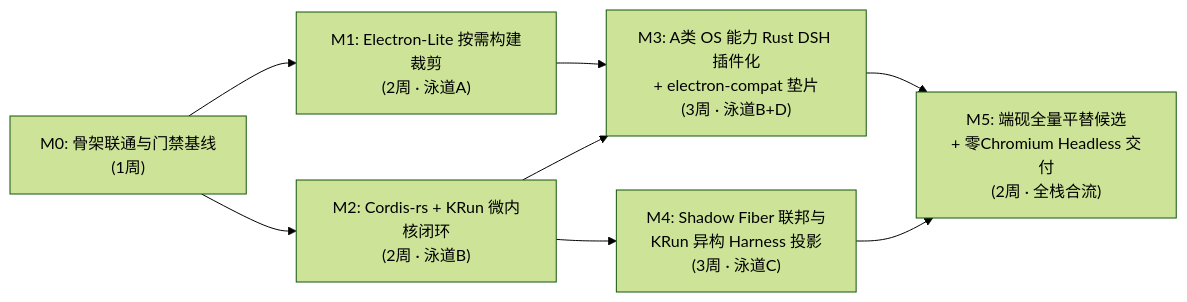
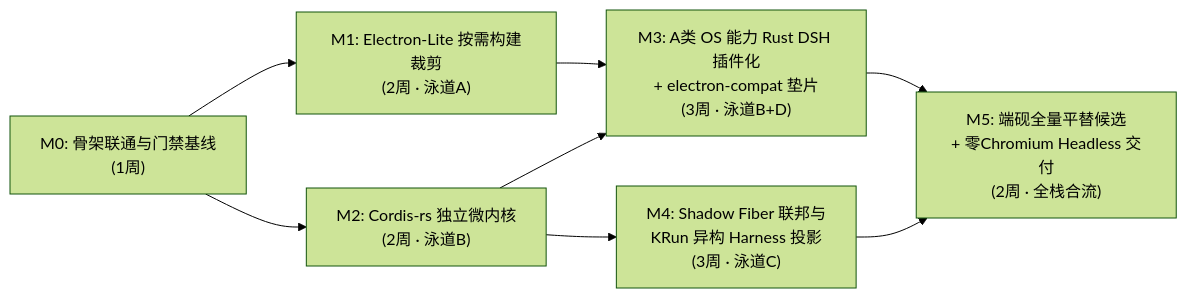
One commit to kense-labs/electron-cordis changed the diagram in docs/architecture/development-plan.md. Above: the diagram before and after it, drawn with Mermaid (forest theme). The commit also changed other lines of this file and 29 other files, not shown here.

Commit message:
fix: make Electron Cordis independent of KRun

````diff
--- a/docs/architecture/development-plan.md
+++ b/docs/architecture/development-plan.md
@@ -9,14 +9,14 @@
 ```mermaid
 flowchart LR
     M0["M0: 骨架联通与门禁基线\n(1周)"]
     M1["M1: Electron-Lite 按需构建裁剪\n(2周 · 泳道A)"]
-    M2["M2: Cordis-rs + KRun 微内核闭环\n(2周 · 泳道B)"]
+    M2["M2: Cordis-rs 独立微内核\n(2周 · 泳道B)"]
     M3["M3: A类 OS 能力 Rust DSH 插件化\n+ electron-compat 垫片\n(3周 · 泳道B+D)"]
     M4["M4: Shadow Fiber 联邦与\nKRun 异构 Harness 投影\n(3周 · 泳道C)"]
     M5["M5: 端砚全量平替候选\n+ 零Chromium Headless 交付\n(2周 · 全栈合流)"]
 
     M0 --> M1 & M2
     M1 & M2 --> M3
     M2 --> M4
     M3 & M4 --> M5
 ```
````
